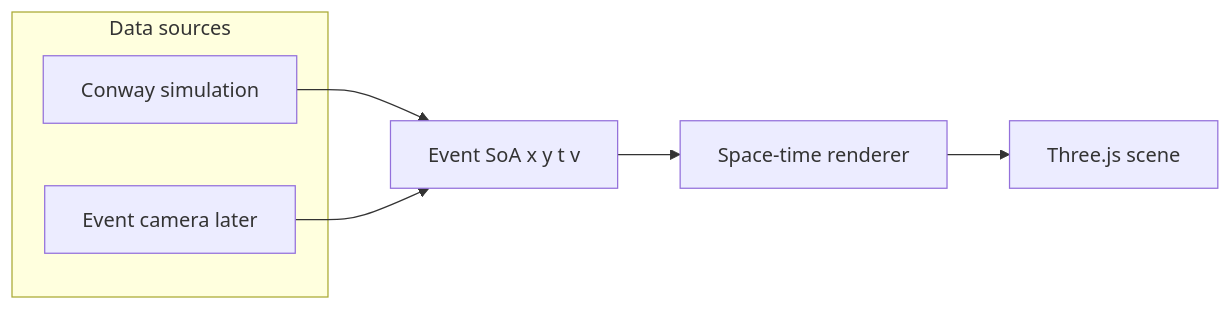
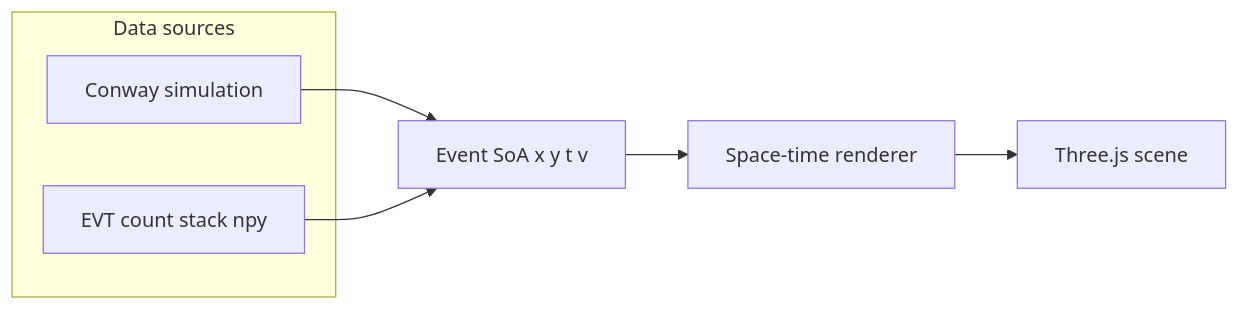
One commit to PiMaV/DONNER changed the second of 18 diagrams in architecture.md. Above: the diagram before and after it, drawn with Mermaid. The commit also changed other lines of this file and 25 other files, not shown here.

Commit message:
Add a count-stack source beside Conway so EVT cubes share the volume, and open XR-A passthrough so the same scene can sit on a table.

````diff
--- a/architecture.md
+++ b/architecture.md
@@ -24,11 +24,11 @@
 ```mermaid
 flowchart LR
   subgraph sources [Data sources]
     conway[Conway simulation]
-    evt[Event camera later]
+    count[EVT count stack npy]
   end
   conway --> soa[Event SoA x y t v]
-  evt --> soa
+  count --> soa
   soa --> rend[Space-time renderer]
   rend --> view[Three.js scene]
 ```
````
